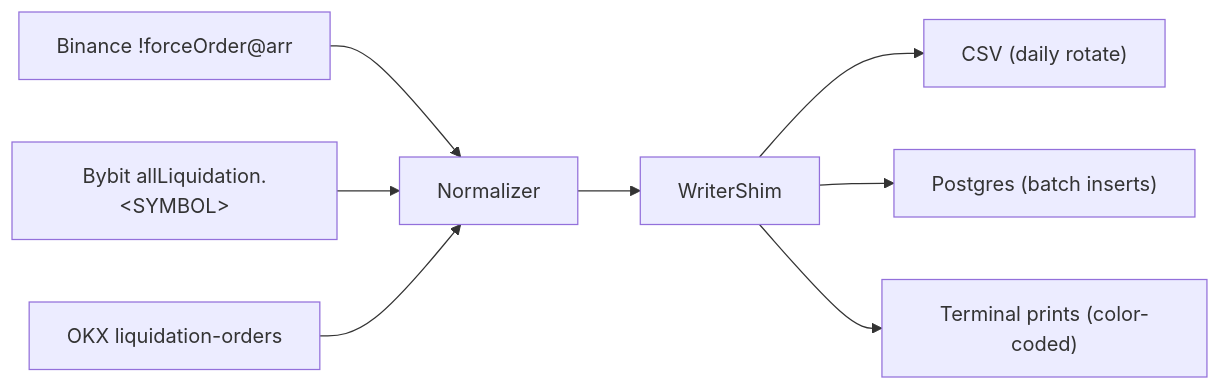
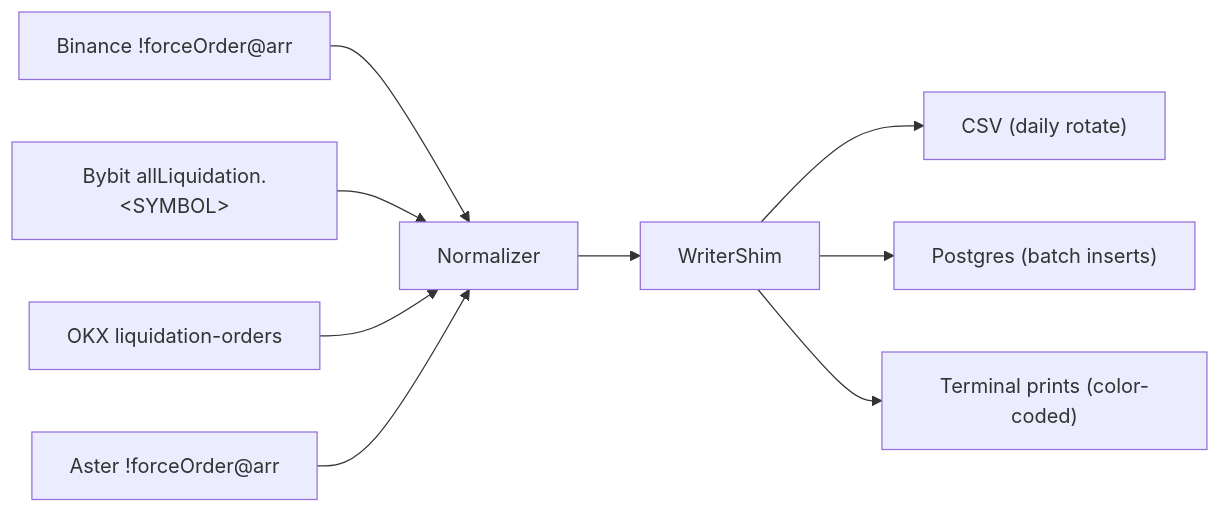
Before and after one commit to liquidation-labs/liq-stream: the second of 2 diagrams in README.md, drawn with Mermaid. The commit also changed other lines of this file and 3 other files, not shown here.

````diff
--- a/README.md
+++ b/README.md
@@ -89,10 +89,11 @@
 ```mermaid
 flowchart LR
   A["Binance !forceOrder@arr"] --> N["Normalizer"]
   B["Bybit allLiquidation.&lt;SYMBOL&gt;"] --> N
   C["OKX liquidation-orders"] --> N
+  D["Aster !forceOrder@arr"] --> N
   N --> W["WriterShim"]
   W --> F["CSV (daily rotate)"]
   W --> P["Postgres (batch inserts)"]
   W --> T["Terminal prints (color-coded)"]
 ```
````
